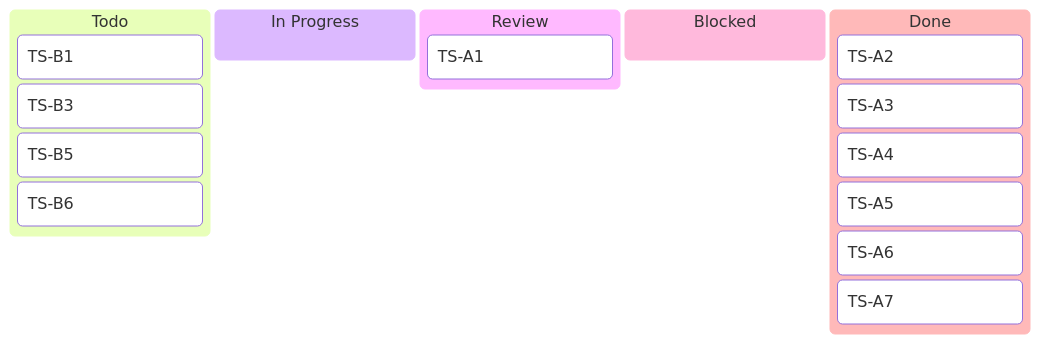
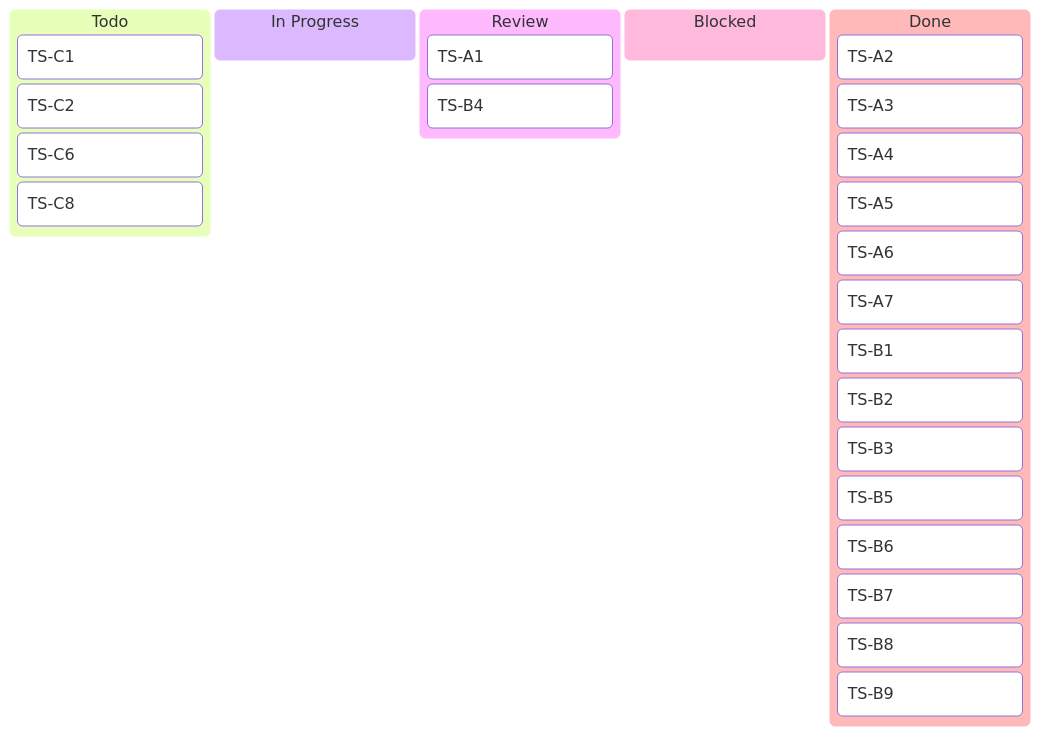
The diagram in docs/prd/tasks.md (AmanMansoori14/mcp-shield), drawn with Mermaid before and after one commit. The commit also changed other lines of this file and 20 other files, not shown here.

````diff
--- a/docs/prd/tasks.md
+++ b/docs/prd/tasks.md
@@ -25,19 +25,28 @@
 ```mermaid
 kanban
   todo[Todo]
-    TS-B1
-    TS-B3
-    TS-B5
-    TS-B6
+    TS-C1
+    TS-C2
+    TS-C6
+    TS-C8
   in_progress[In Progress]
   review[Review]
     TS-A1
+    TS-B4
   blocked[Blocked]
   done[Done]
     TS-A2
     TS-A3
     TS-A4
     TS-A5
     TS-A6
     TS-A7
+    TS-B1
+    TS-B2
+    TS-B3
+    TS-B5
+    TS-B6
+    TS-B7
+    TS-B8
+    TS-B9
 ```
````
